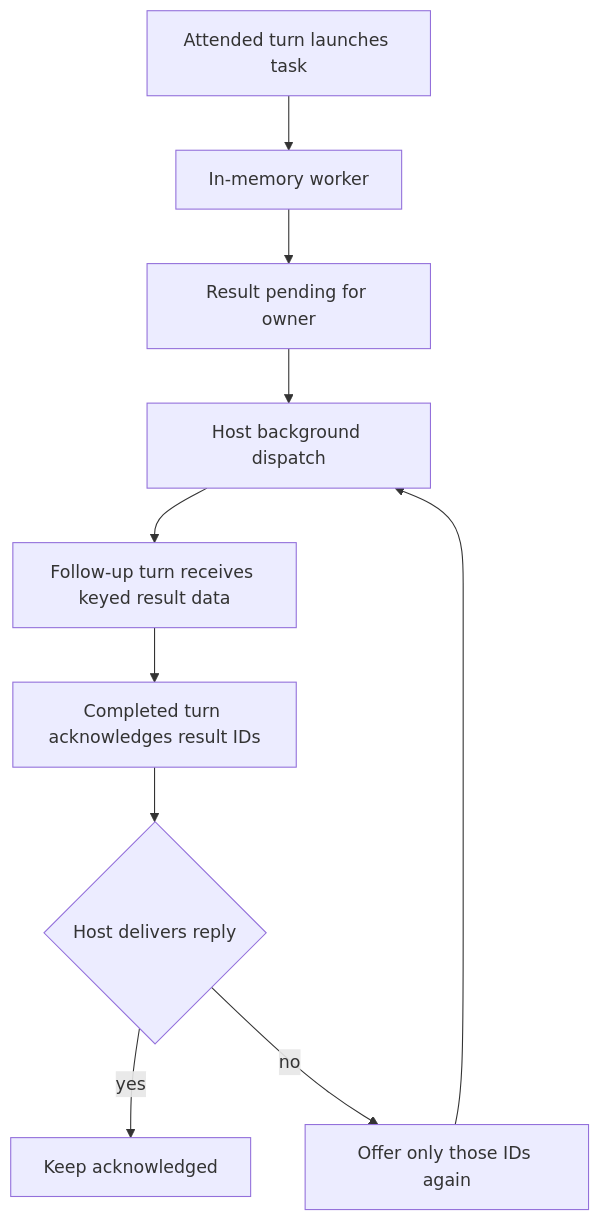
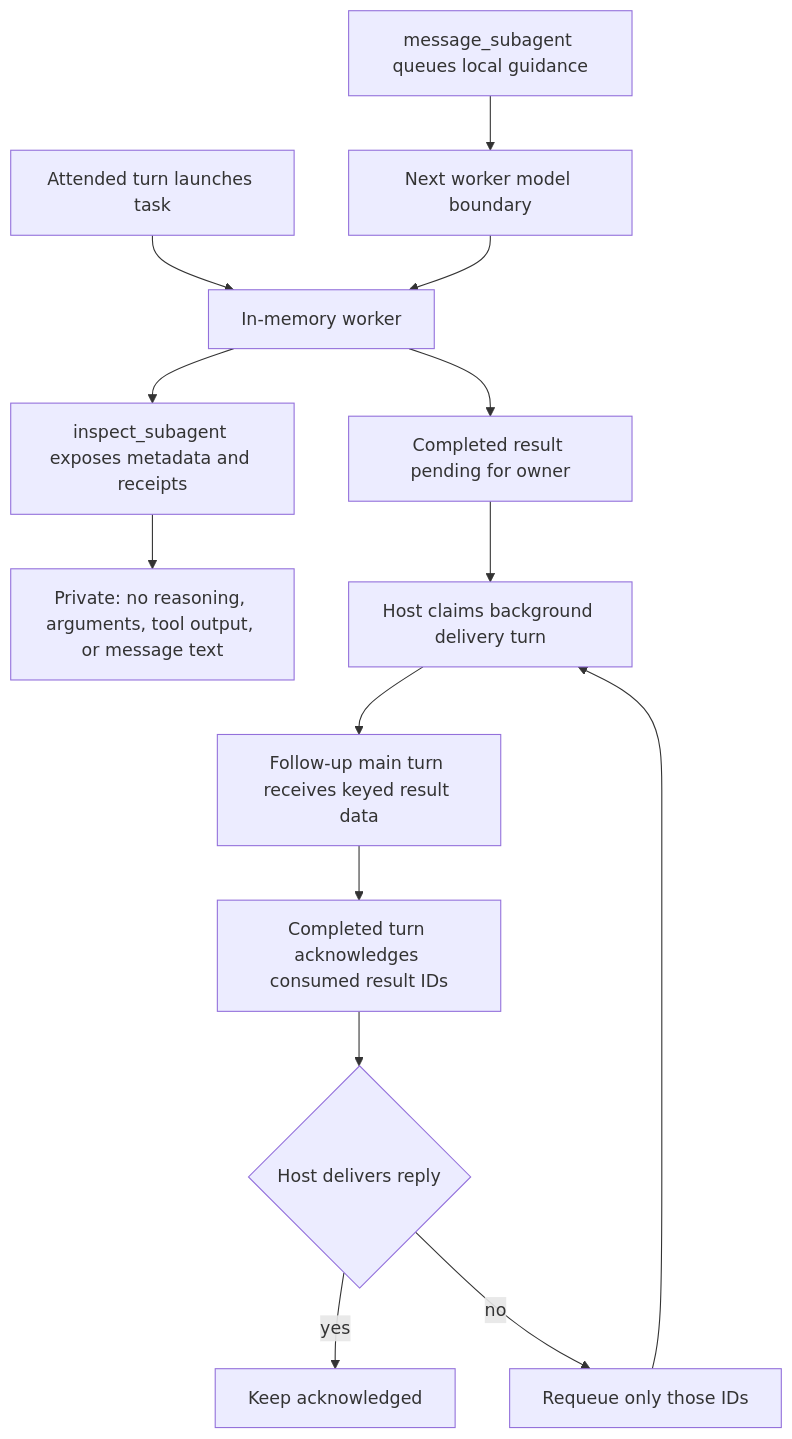
The second of 2 diagrams in openwiki/concepts/talon-scheduling.md (langchain-ai/deepagents), drawn with Mermaid before and after one commit. The commit also changed other lines of this file and 25 other files, not shown here.

````diff
--- a/openwiki/concepts/talon-scheduling.md
+++ b/openwiki/concepts/talon-scheduling.md
@@ -91,12 +107,16 @@
 ```mermaid
 flowchart TD
-    Start["Attended turn launches task"] --> Worker["In-memory worker"]
-    Worker --> Pending["Result pending for owner"]
-    Pending --> Dispatch["Host background dispatch"]
-    Dispatch --> Main["Follow-up turn receives keyed result data"]
-    Main --> Ack["Completed turn acknowledges result IDs"]
+    Launch["Attended turn launches task"] --> Worker["In-memory worker"]
+    Worker --> Inspect["inspect_subagent exposes metadata and receipts"]
+    Inspect --> Private["Private: no reasoning, arguments, tool output, or message text"]
+    Guide["message_subagent queues local guidance"] --> Boundary["Next worker model boundary"]
+    Boundary --> Worker
+    Worker --> Pending["Completed result pending for owner"]
+    Pending --> Dispatch["Host claims background delivery turn"]
+    Dispatch --> Main["Follow-up main turn receives keyed result data"]
+    Main --> Ack["Completed turn acknowledges consumed result IDs"]
     Ack --> Delivery{"Host delivers reply"}
     Delivery -->|"yes"| Done["Keep acknowledged"]
-    Delivery -->|"no"| Requeue["Offer only those IDs again"]
+    Delivery -->|"no"| Requeue["Requeue only those IDs"]
     Requeue --> Dispatch
 ```
````
